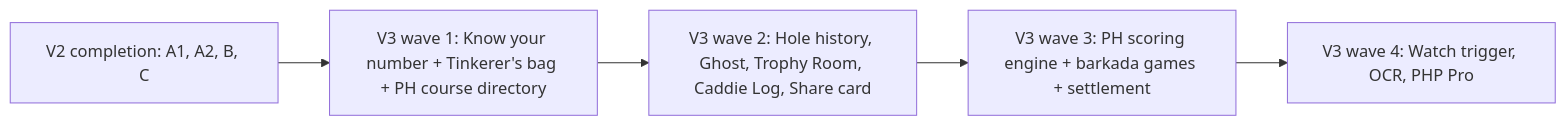
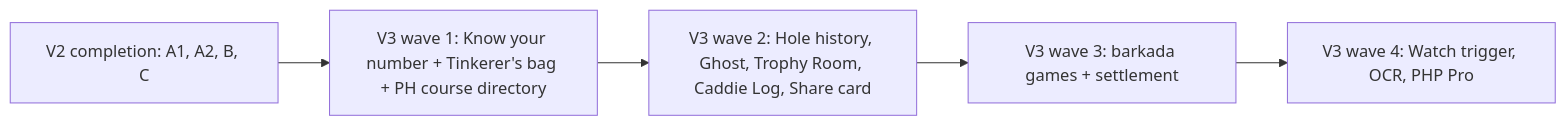
Before and after one commit to ograva/My-Golf-Diary: the second of 2 diagrams in docs/context/Roadmap-V3.md, drawn with Mermaid. The commit also changed other lines of this file, not shown here.

Commit message:
docs: move Molave and System 36 scoring into V2 completion

````diff
--- a/docs/context/Roadmap-V3.md
+++ b/docs/context/Roadmap-V3.md
@@ -169,7 +181,7 @@
 ```mermaid
 flowchart LR
   V2C["V2 completion: A1, A2, B, C"] --> T1["V3 wave 1: Know your number + Tinkerer's bag + PH course directory"]
   T1 --> T2["V3 wave 2: Hole history, Ghost, Trophy Room, Caddie Log, Share card"]
-  T2 --> T3["V3 wave 3: PH scoring engine + barkada games + settlement"]
+  T2 --> T3["V3 wave 3: barkada games + settlement"]
   T3 --> T4["V3 wave 4: Watch trigger, OCR, PHP Pro"]
 ```
````
